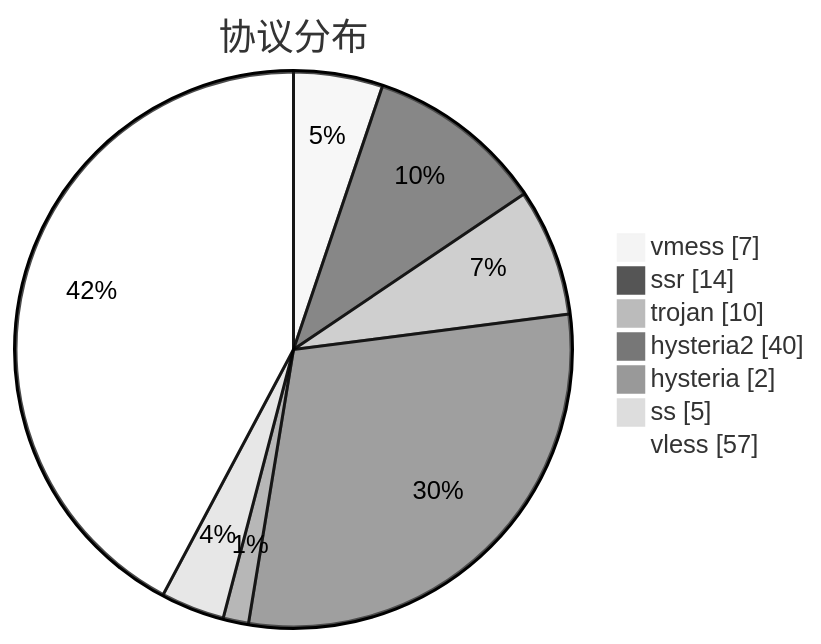
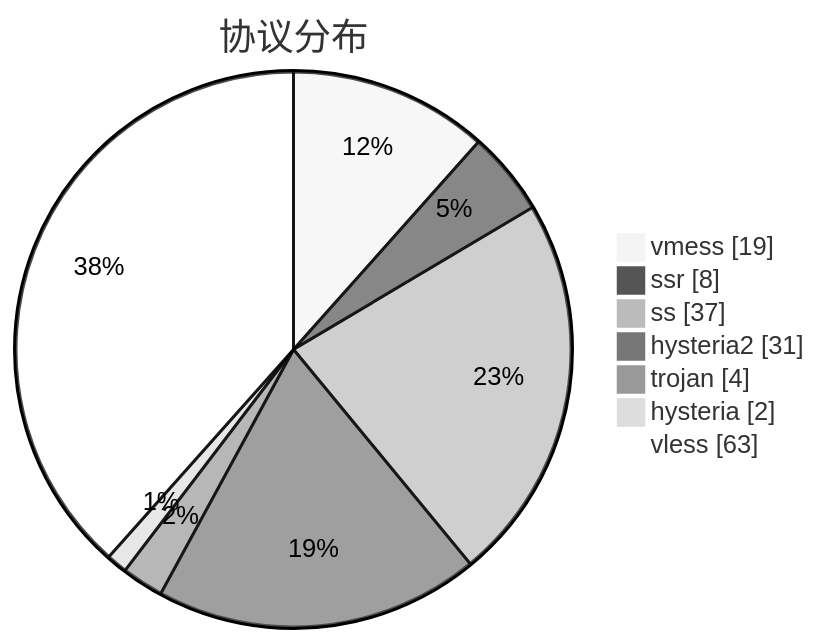
One commit to sinspired/airport changed the third of 3 diagrams in subs/statistics/tested_within.md. Above: the diagram before and after it, drawn with Mermaid (neutral theme). The commit also changed other lines of this file and 2 other files, not shown here.

````diff
--- a/subs/statistics/tested_within.md
+++ b/subs/statistics/tested_within.md
@@ -38,11 +41,11 @@
 ```mermaid
 pie showData
 title 协议分布
-"vmess" : 7
-"ssr" : 14
-"trojan" : 10
-"hysteria2" : 40
+"vmess" : 19
+"ssr" : 8
+"ss" : 37
+"hysteria2" : 31
+"trojan" : 4
 "hysteria" : 2
-"ss" : 5
-"vless" : 57
+"vless" : 63
 ```
````
